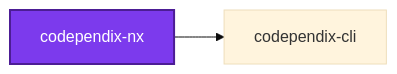
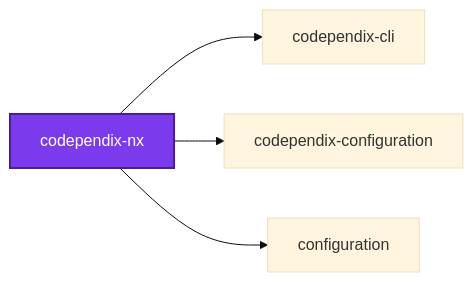
One commit to organizzolini/codebase changed the first of 3 diagrams in projects/ic-suite/codependix/codependix-nx/README.md. Above: the diagram before and after it, drawn with Mermaid (base theme). The commit also changed other lines of this file and 2324 other files, not shown here.

````diff
--- a/projects/ic-suite/codependix/codependix-nx/README.md
+++ b/projects/ic-suite/codependix/codependix-nx/README.md
@@ -227,8 +227,12 @@
 ```mermaid
 graph LR
   codependix_cli["codependix-cli"]
+  codependix_configuration["codependix-configuration"]
   codependix_nx["codependix-nx"]
+  configuration["configuration"]
   codependix_nx --> codependix_cli
+  codependix_nx --> codependix_configuration
+  codependix_nx --> configuration
   classDef subject fill:#7c3aed,color:#fff,stroke:#4c1d95,stroke-width:2px
   class codependix_nx subject
 ```
````
